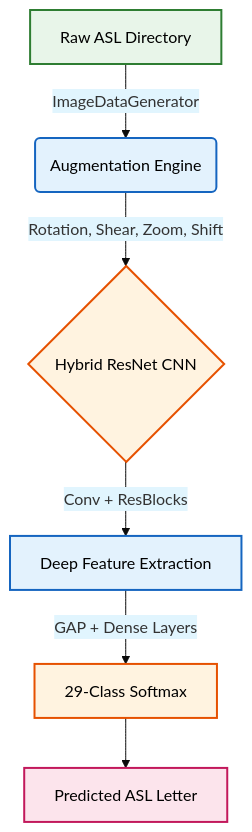
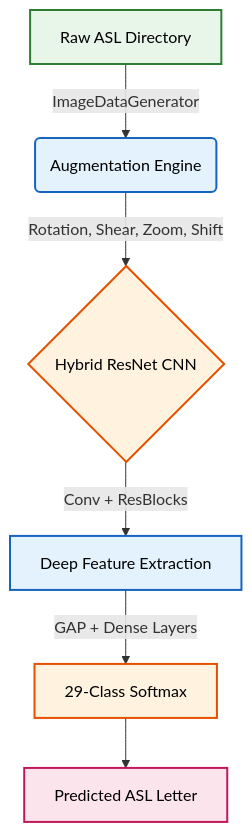
The first of 2 diagrams in README.md (PranjalUpadhyay7/American-Sign-Language-Alphabets-Recognition-Using-Computer-Vision), drawn with Mermaid before and after one commit. The commit also changed other lines of this file, not shown here.

````diff
--- a/README.md
+++ b/README.md
@@ -19,14 +19,18 @@
 ```mermaid
-%%{init: {'theme': 'base', 'themeVariables': { 'primaryColor': '#0288d1', 'edgeLabelBackground':'#e1f5fe', 'tertiaryColor': '#b3e5fc'}}}%%
-graph TD
+flowchart TD
+    A[Raw ASL Directory] -->|ImageDataGenerator| B(Augmentation Engine)
+    B -->|Rotation, Shear, Zoom, Shift| C{Hybrid ResNet CNN}
+    C -->|Conv + ResBlocks| D[Deep Feature Extraction]
+    D -->|GAP + Dense Layers| E[29-Class Softmax]
+    E --> F[Predicted ASL Letter]
+    
     classDef input fill:#e8f5e9,stroke:#2e7d32,stroke-width:2px,color:#000
     classDef process fill:#e3f2fd,stroke:#1565c0,stroke-width:2px,color:#000
     classDef model fill:#fff3e0,stroke:#e65100,stroke-width:2px,color:#000
     classDef output fill:#fce4ec,stroke:#c2185b,stroke-width:2px,color:#000
     
-    A[Raw ASL Directory]:::input -->|ImageDataGenerator| B(Augmentation Engine):::process
-    B -->|Rotation, Shear, Zoom, Shift| C{Hybrid ResNet CNN}:::model
-    C -->|Conv + ResBlocks| D[Deep Feature Extraction]:::process
-    D -->|GAP + Dense Layers| E[29-Class Softmax]:::model
-    E --> F[Predicted ASL Letter]:::output
+    class A input;
+    class B,D process;
+    class C,E model;
+    class F output;
 ```
````
